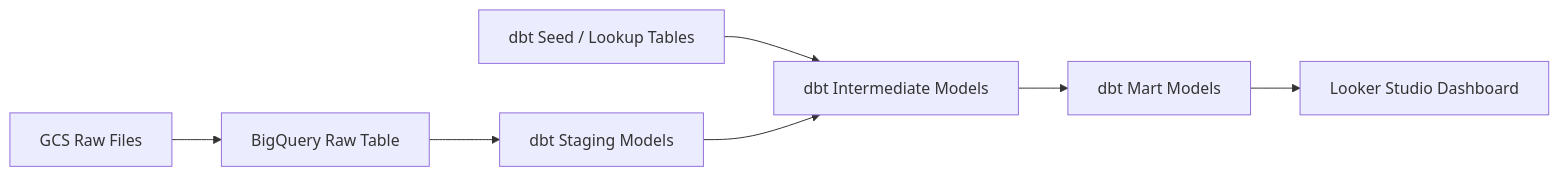
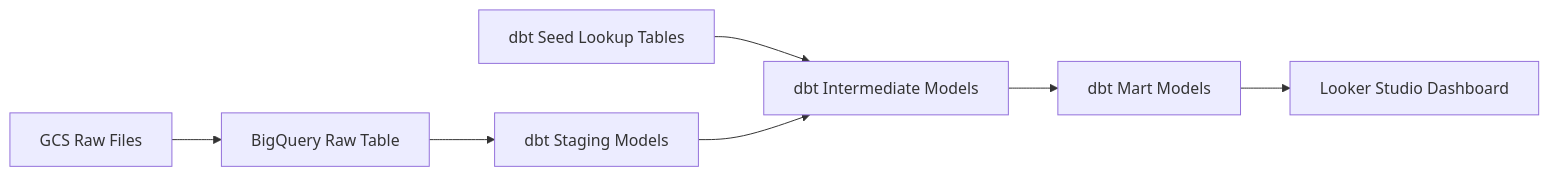
Before and after one commit to amrithshetty2023-ux/de-zoomcamp-vic-vehicles: the diagram in README.md, drawn with Mermaid. The commit also changed other lines of this file and 3 other files, not shown here.

````diff
--- a/README.md
+++ b/README.md
@@ -429,9 +32,9 @@
 ```mermaid
 flowchart LR
     A[GCS Raw Files] --> B[BigQuery Raw Table]
     B --> C[dbt Staging Models]
-    D[dbt Seed / Lookup Tables] --> E[dbt Intermediate Models]
+    D[dbt Seed Lookup Tables] --> E[dbt Intermediate Models]
     C --> E
     E --> F[dbt Mart Models]
     F --> G[Looker Studio Dashboard]
 ```
````
